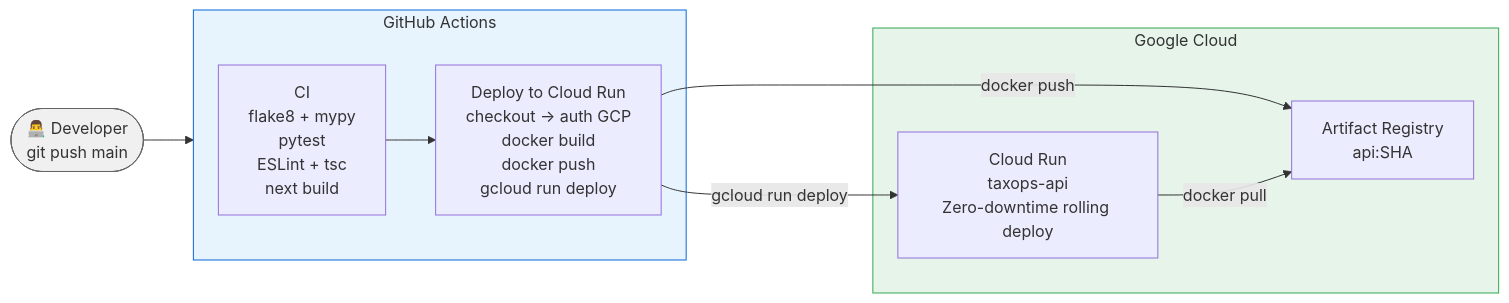
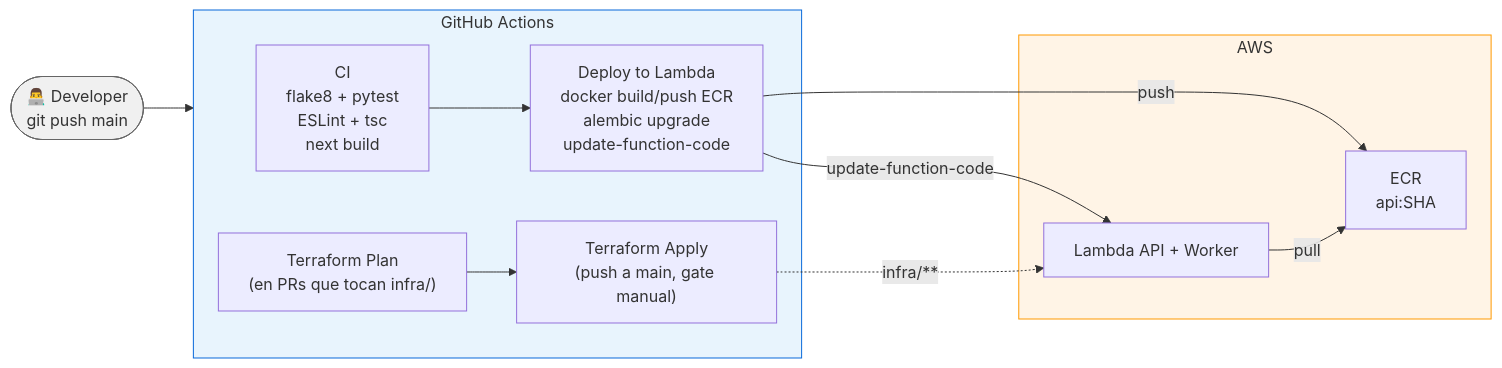
Before and after one commit to ABA-projects/TaxOps-11: the third of 3 diagrams in README.md, drawn with Mermaid. The commit also changed other lines of this file, not shown here.

First line of the commit message:
docs: actualizar README para reflejar la migración a AWS (#21)

````diff
--- a/README.md
+++ b/README.md
@@ -174,22 +172,26 @@
 ```mermaid
 graph LR
     DEV([👨‍💻 Developer\ngit push main]) --> GH
 
     subgraph GH["GitHub Actions"]
-        CI["CI\nflake8 + mypy\npytest\nESLint + tsc\nnext build"]
-        DEPLOY["Deploy to Cloud Run\ncheckout → auth GCP\ndocker build\ndocker push\ngcloud run deploy"]
+        CI["CI\nflake8 + pytest\nESLint + tsc\nnext build"]
+        DEPLOY["Deploy to Lambda\ndocker build/push ECR\nalembic upgrade\nupdate-function-code"]
+        TFPLAN["Terraform Plan\n(en PRs que tocan infra/)"]
+        TFAPPLY["Terraform Apply\n(push a main, gate manual)"]
         CI --> DEPLOY
+        TFPLAN --> TFAPPLY
     end
 
-    subgraph GCP["Google Cloud"]
-        AR2["Artifact Registry\napi:SHA"]
-        CR2["Cloud Run\ntaxops-api\nZero-downtime rolling deploy"]
-        DEPLOY -->|docker push| AR2
-        DEPLOY -->|gcloud run deploy| CR2
-        CR2 -->|docker pull| AR2
+    subgraph AWS["AWS"]
+        ECR2["ECR\napi:SHA"]
+        L2["Lambda API + Worker"]
+        DEPLOY -->|push| ECR2
+        DEPLOY -->|update-function-code| L2
+        L2 -->|pull| ECR2
+        TFAPPLY -.->|infra/**| L2
     end
 
     style DEV fill:#f0f0f0,stroke:#666
     style GH fill:#e8f4fd,stroke:#0969da
-    style GCP fill:#e6f4ea,stroke:#34a853
+    style AWS fill:#fff4e6,stroke:#ff9900
 ```
````
